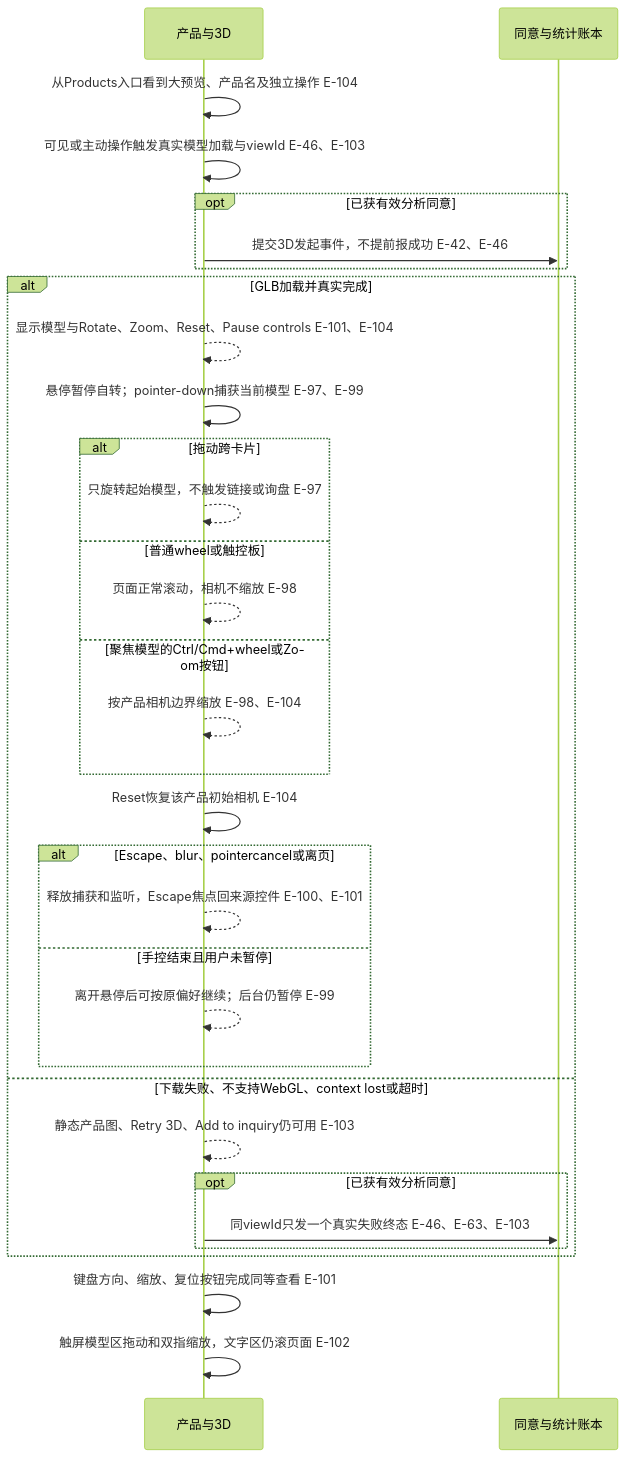
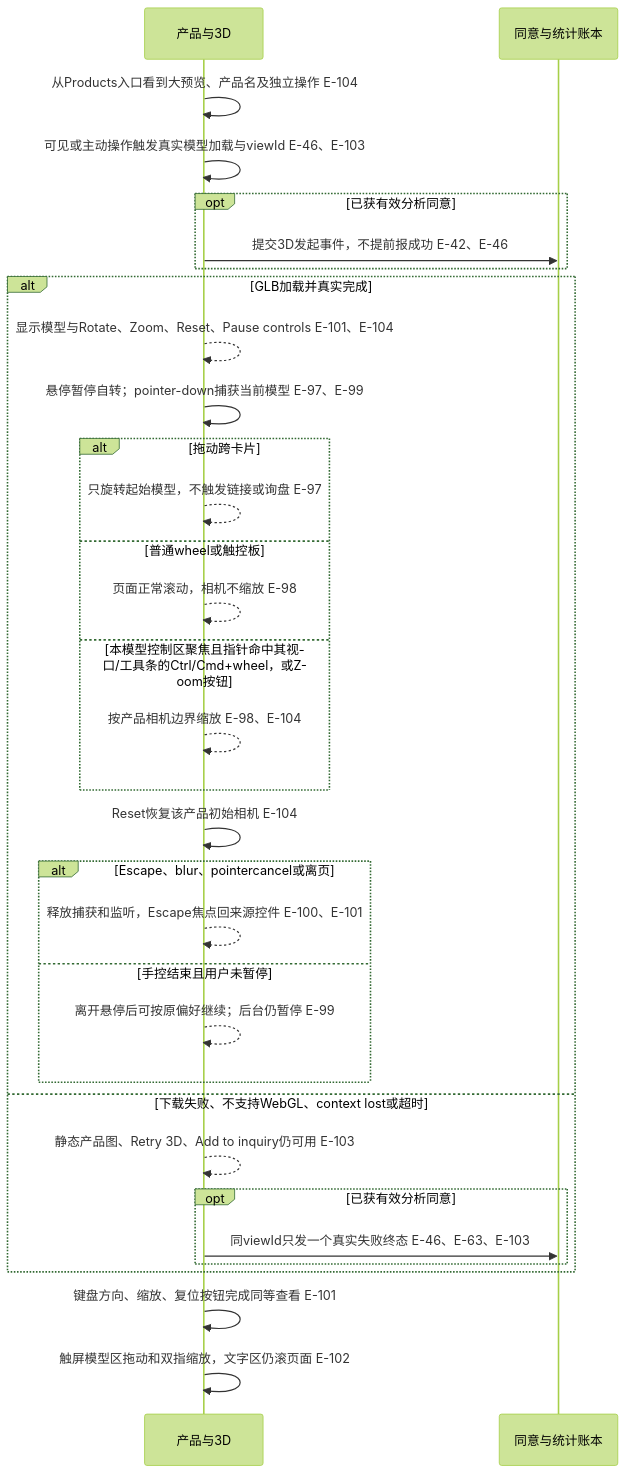
The second of 7 diagrams in docs/PackJoyU-开发文档/02-设计/12-UX.md (dawanglaohu/NBshiyan), drawn with Mermaid (forest theme) before and after one commit. The commit also changed other lines of this file and 22 other files, not shown here.

````diff
--- a/docs/PackJoyU-开发文档/02-设计/12-UX.md
+++ b/docs/PackJoyU-开发文档/02-设计/12-UX.md
@@ -63,34 +72,34 @@
 ```mermaid
 sequenceDiagram
     participant M2 as 产品与3D
     participant M5 as 同意与统计账本
     M2->>M2: 从Products入口看到大预览、产品名及独立操作 E-104
     M2->>M2: 可见或主动操作触发真实模型加载与viewId E-46、E-103
     opt 已获有效分析同意
         M2->>M5: 提交3D发起事件，不提前报成功 E-42、E-46
     end
     alt GLB加载并真实完成
         M2-->>M2: 显示模型与Rotate、Zoom、Reset、Pause controls E-101、E-104
         M2->>M2: 悬停暂停自转；pointer-down捕获当前模型 E-97、E-99
         alt 拖动跨卡片
             M2-->>M2: 只旋转起始模型，不触发链接或询盘 E-97
         else 普通wheel或触控板
             M2-->>M2: 页面正常滚动，相机不缩放 E-98
-        else 聚焦模型的Ctrl/Cmd+wheel或Zoom按钮
+        else 本模型控制区聚焦且指针命中其视口/工具条的Ctrl/Cmd+wheel，或Zoom按钮
             M2-->>M2: 按产品相机边界缩放 E-98、E-104
         end
         M2->>M2: Reset恢复该产品初始相机 E-104
         alt Escape、blur、pointercancel或离页
             M2-->>M2: 释放捕获和监听，Escape焦点回来源控件 E-100、E-101
         else 手控结束且用户未暂停
             M2-->>M2: 离开悬停后可按原偏好继续；后台仍暂停 E-99
         end
     else 下载失败、不支持WebGL、context lost或超时
         M2-->>M2: 静态产品图、Retry 3D、Add to inquiry仍可用 E-103
         opt 已获有效分析同意
             M2->>M5: 同viewId只发一个真实失败终态 E-46、E-63、E-103
         end
     end
     M2->>M2: 键盘方向、缩放、复位按钮完成同等查看 E-101
     M2->>M2: 触屏模型区拖动和双指缩放，文字区仍滚页面 E-102
 ```
````
